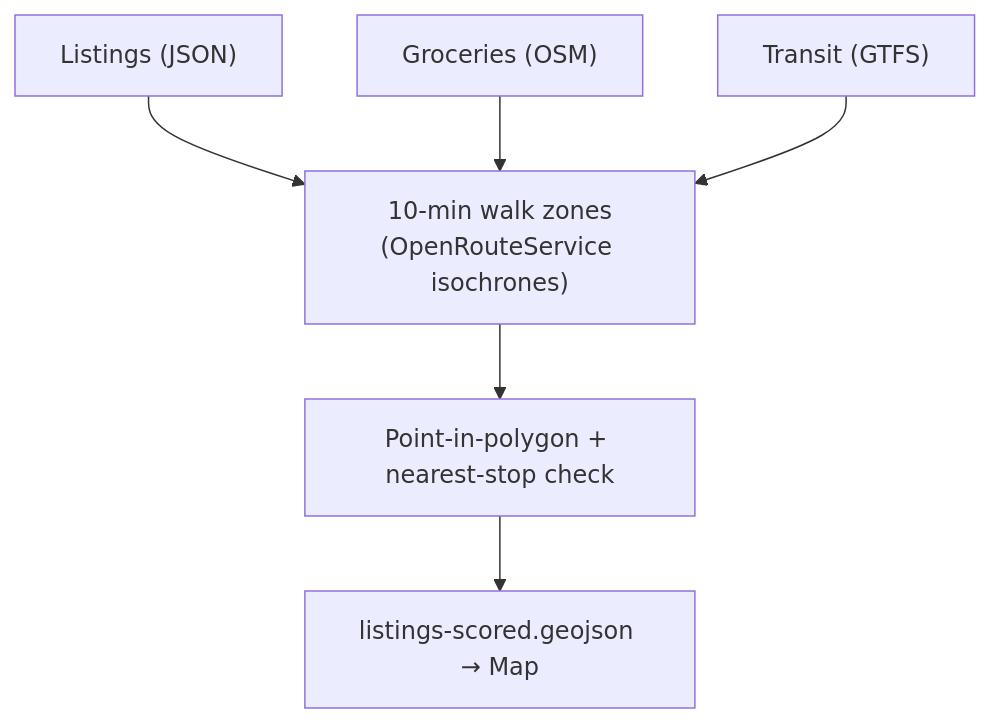
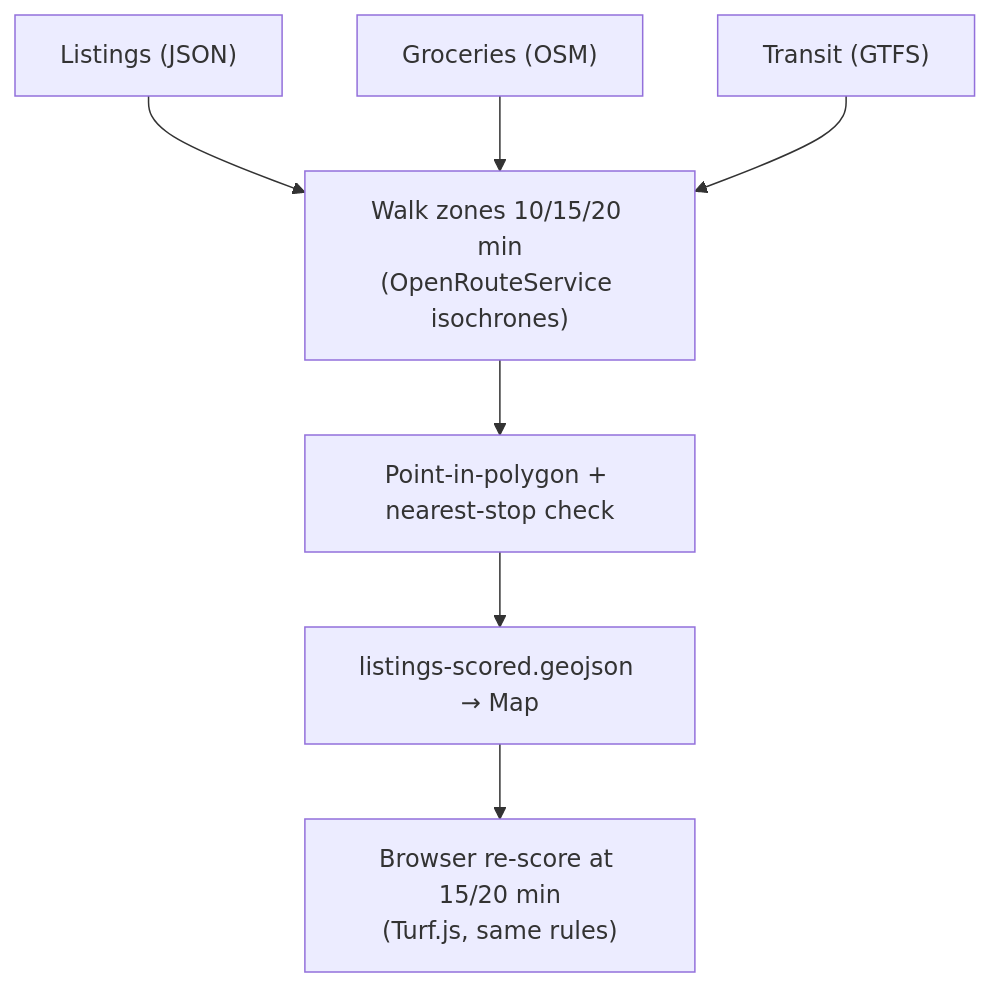
One commit to omarismail-cs/padestrian changed the diagram in README.md. Above: the diagram before and after it, drawn with Mermaid. The commit also changed other lines of this file and 3 other files, not shown here.

````diff
--- a/README.md
+++ b/README.md
@@ -74,15 +82,17 @@
 ```mermaid
 flowchart TB
     L["Listings (JSON)"]
     G["Groceries (OSM)"]
     T["Transit (GTFS)"]
-    W["10-min walk zones<br/>(OpenRouteService isochrones)"]
+    W["Walk zones 10/15/20 min<br/>(OpenRouteService isochrones)"]
     P["Point-in-polygon + nearest-stop check"]
     M["listings-scored.geojson → Map"]
+    S["Browser re-score at 15/20 min<br/>(Turf.js, same rules)"]
 
     L --> W
     G --> W
     T --> W
     W --> P
     P --> M
+    M --> S
 ```
````
